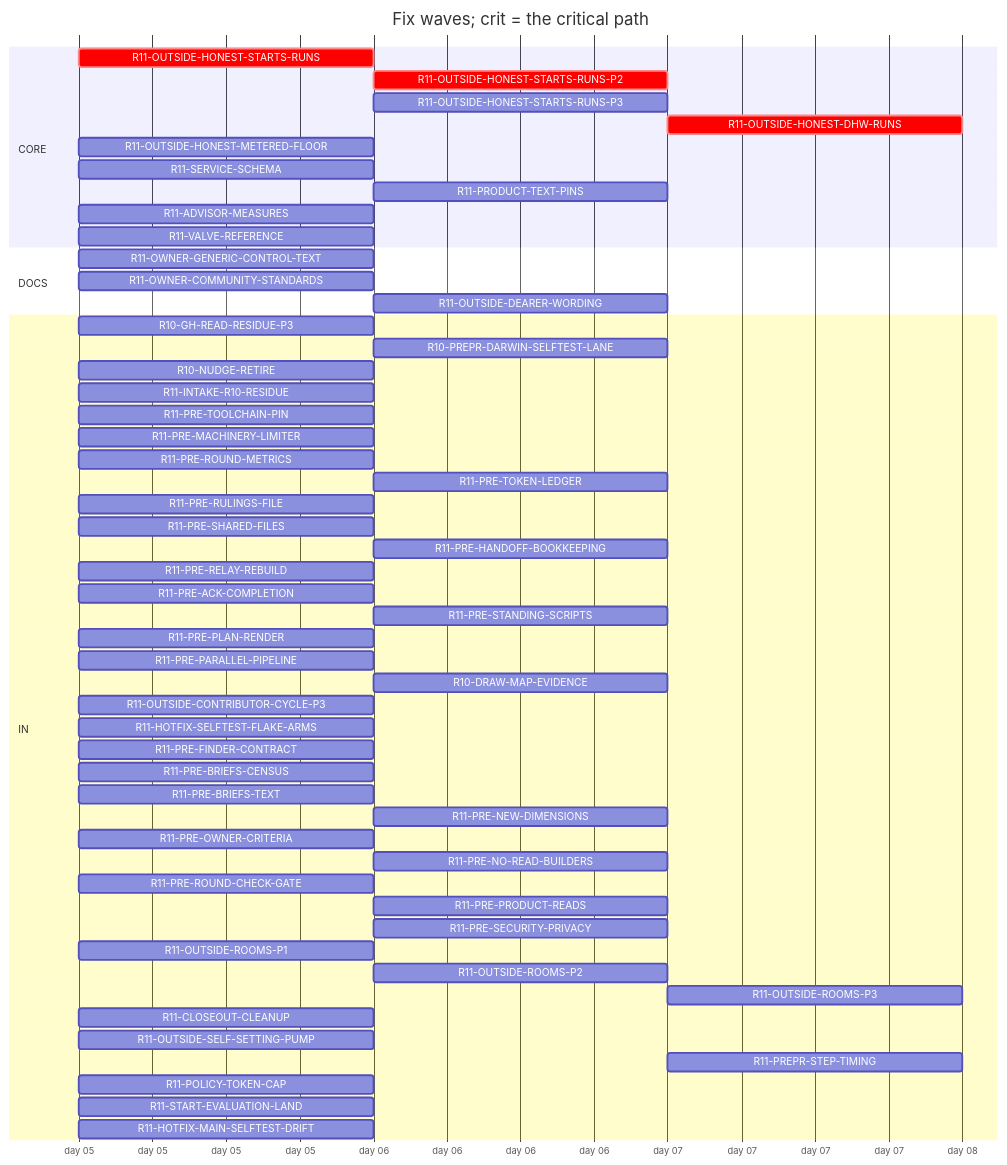
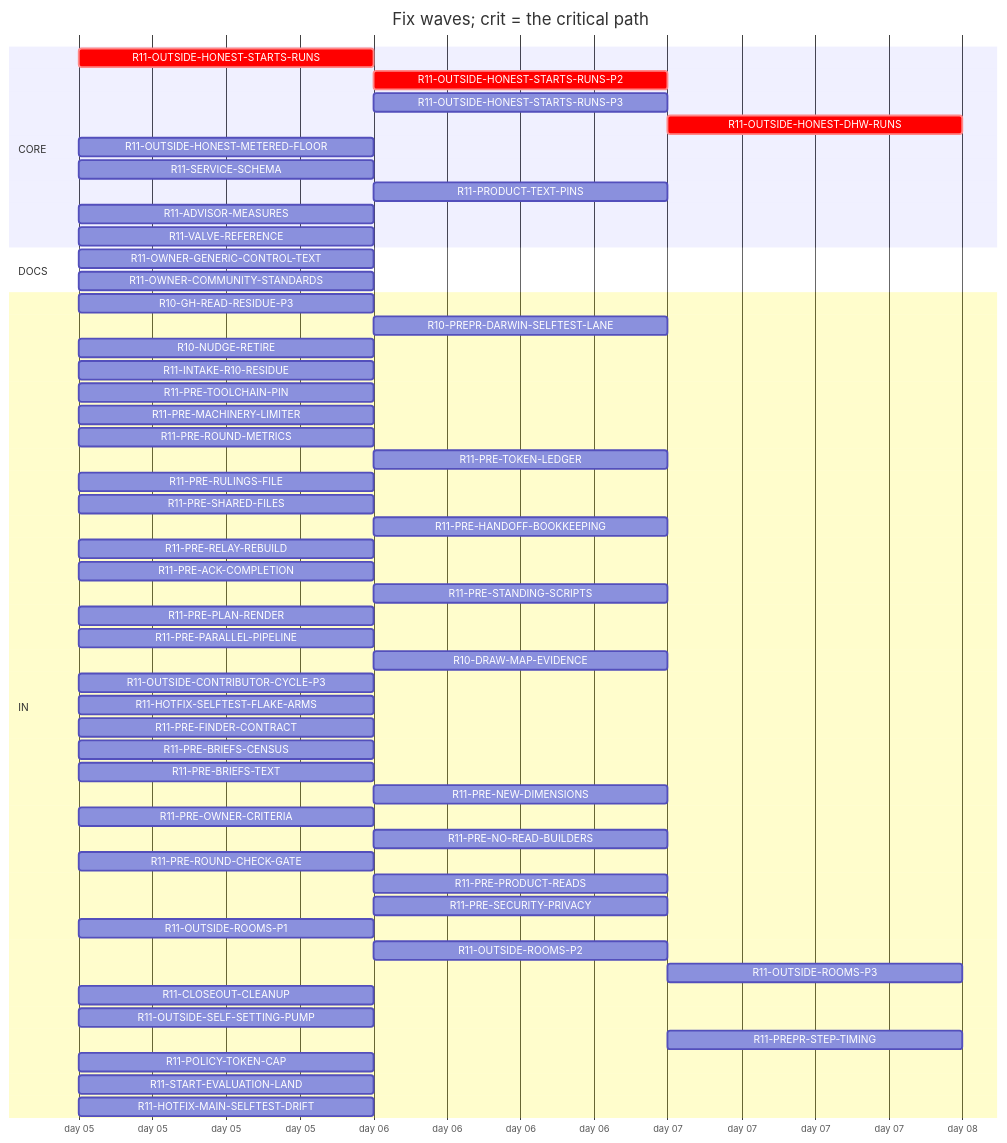
Before and after one commit to tvofi/heatpump_optimizer: the diagram in handoff/round11/state/PLAN-TABLE.md, drawn with Mermaid. The commit also changed other lines of this file and 3 other files, not shown here.

Commit message:
state: FLOW-BOARD.md, NEXT-SESSION-PROMPT.md, PLAN-TABLE.md, PLAN.html, RESUME-CURRENT.md regenerated (state_docs.py)

````diff
--- a/handoff/round11/state/PLAN-TABLE.md
+++ b/handoff/round11/state/PLAN-TABLE.md
@@ -16,58 +16,57 @@
 ```mermaid
 gantt
   title Fix waves; crit = the critical path
   dateFormat YYYY-MM-DD
   axisFormat day %d
   section CORE
     R11-OUTSIDE-HONEST-STARTS-RUNS :crit, r11OUTSIDEHONESTSTARTSRUNS, 2026-01-05, 1d
     R11-OUTSIDE-HONEST-STARTS-RUNS-P2 :crit, r11OUTSIDEHONESTSTARTSRUNSP2, after r11OUTSIDEHONESTSTARTSRUNS, 1d
     R11-OUTSIDE-HONEST-STARTS-RUNS-P3 :r11OUTSIDEHONESTSTARTSRUNSP3, after r11OUTSIDEHONESTSTARTSRUNS, 1d
     R11-OUTSIDE-HONEST-DHW-RUNS :crit, r11OUTSIDEHONESTDHWRUNS, after r11OUTSIDEHONESTSTARTSRUNS r11OUTSIDEHONESTSTARTSRUNSP2, 1d
     R11-OUTSIDE-HONEST-METERED-FLOOR :r11OUTSIDEHONESTMETEREDFLOOR, 2026-01-05, 1d
     R11-SERVICE-SCHEMA :r11SERVICESCHEMA, 2026-01-05, 1d
     R11-PRODUCT-TEXT-PINS :r11PRODUCTTEXTPINS, after r11OUTSIDEROOMSP1, 1d
     R11-ADVISOR-MEASURES :r11ADVISORMEASURES, 2026-01-05, 1d
     R11-VALVE-REFERENCE :r11VALVEREFERENCE, 2026-01-05, 1d
   section DOCS
     R11-OWNER-GENERIC-CONTROL-TEXT :r11OWNERGENERICCONTROLTEXT, 2026-01-05, 1d
     R11-OWNER-COMMUNITY-STANDARDS :r11OWNERCOMMUNITYSTANDARDS, 2026-01-05, 1d
-    R11-OUTSIDE-DEARER-WORDING :r11OUTSIDEDEARERWORDING, after r11OWNERGENERICCONTROLTEXT, 1d
   section IN
     R10-GH-READ-RESIDUE-P3 :r10GHREADRESIDUEP3, 2026-01-05, 1d
     R10-PREPR-DARWIN-SELFTEST-LANE :r10PREPRDARWINSELFTESTLANE, after r10GHREADRESIDUEP3, 1d
     R10-NUDGE-RETIRE :r10NUDGERETIRE, 2026-01-05, 1d
     R11-INTAKE-R10-RESIDUE :r11INTAKER10RESIDUE, 2026-01-05, 1d
     R11-PRE-TOOLCHAIN-PIN :r11PRETOOLCHAINPIN, 2026-01-05, 1d
     R11-PRE-MACHINERY-LIMITER :r11PREMACHINERYLIMITER, 2026-01-05, 1d
     R11-PRE-ROUND-METRICS :r11PREROUNDMETRICS, 2026-01-05, 1d
     R11-PRE-TOKEN-LEDGER :r11PRETOKENLEDGER, after r10GHREADRESIDUEP3, 1d
     R11-PRE-RULINGS-FILE :r11PRERULINGSFILE, 2026-01-05, 1d
     R11-PRE-SHARED-FILES :r11PRESHAREDFILES, 2026-01-05, 1d
     R11-PRE-HANDOFF-BOOKKEEPING :r11PREHANDOFFBOOKKEEPING, after r11PRERELAYREBUILD, 1d
     R11-PRE-RELAY-REBUILD :r11PRERELAYREBUILD, 2026-01-05, 1d
     R11-PRE-ACK-COMPLETION :r11PREACKCOMPLETION, 2026-01-05, 1d
     R11-PRE-STANDING-SCRIPTS :r11PRESTANDINGSCRIPTS, after r11PREPARALLELPIPELINE, 1d
     R11-PRE-PLAN-RENDER :r11PREPLANRENDER, 2026-01-05, 1d
     R11-PRE-PARALLEL-PIPELINE :r11PREPARALLELPIPELINE, 2026-01-05, 1d
     R10-DRAW-MAP-EVIDENCE :r10DRAWMAPEVIDENCE, after r11OUTSIDESELFSETTINGPUMP, 1d
     R11-OUTSIDE-CONTRIBUTOR-CYCLE-P3 :r11OUTSIDECONTRIBUTORCYCLEP3, 2026-01-05, 1d
     R11-HOTFIX-SELFTEST-FLAKE-ARMS :r11HOTFIXSELFTESTFLAKEARMS, 2026-01-05, 1d
     R11-PRE-FINDER-CONTRACT :r11PREFINDERCONTRACT, 2026-01-05, 1d
     R11-PRE-BRIEFS-CENSUS :r11PREBRIEFSCENSUS, 2026-01-05, 1d
     R11-PRE-BRIEFS-TEXT :r11PREBRIEFSTEXT, 2026-01-05, 1d
     R11-PRE-NEW-DIMENSIONS :r11PRENEWDIMENSIONS, after r11PREFINDERCONTRACT r11PREBRIEFSCENSUS, 1d
     R11-PRE-OWNER-CRITERIA :r11PREOWNERCRITERIA, 2026-01-05, 1d
     R11-PRE-NO-READ-BUILDERS :r11PRENOREADBUILDERS, after r11PREMACHINERYLIMITER, 1d
     R11-PRE-ROUND-CHECK-GATE :r11PREROUNDCHECKGATE, 2026-01-05, 1d
     R11-PRE-PRODUCT-READS :r11PREPRODUCTREADS, after r11PREBRIEFSCENSUS, 1d
     R11-PRE-SECURITY-PRIVACY :r11PRESECURITYPRIVACY, after r11PREFINDERCONTRACT r11PREBRIEFSCENSUS, 1d
     R11-OUTSIDE-ROOMS-P1 :r11OUTSIDEROOMSP1, 2026-01-05, 1d
     R11-OUTSIDE-ROOMS-P2 :r11OUTSIDEROOMSP2, after r11OUTSIDEROOMSP1, 1d
     R11-OUTSIDE-ROOMS-P3 :r11OUTSIDEROOMSP3, after r11OUTSIDEROOMSP2, 1d
     R11-CLOSEOUT-CLEANUP :r11CLOSEOUTCLEANUP, 2026-01-05, 1d
     R11-OUTSIDE-SELF-SETTING-PUMP :r11OUTSIDESELFSETTINGPUMP, 2026-01-05, 1d
     R11-PREPR-STEP-TIMING :r11PREPRSTEPTIMING, after r10PREPRDARWINSELFTESTLANE, 1d
     R11-POLICY-TOKEN-CAP :r11POLICYTOKENCAP, 2026-01-05, 1d
     R11-START-EVALUATION-LAND :r11STARTEVALUATIONLAND, 2026-01-05, 1d
     R11-HOTFIX-MAIN-SELFTEST-DRIFT :r11HOTFIXMAINSELFTESTDRIFT, 2026-01-05, 1d
 ```
````
